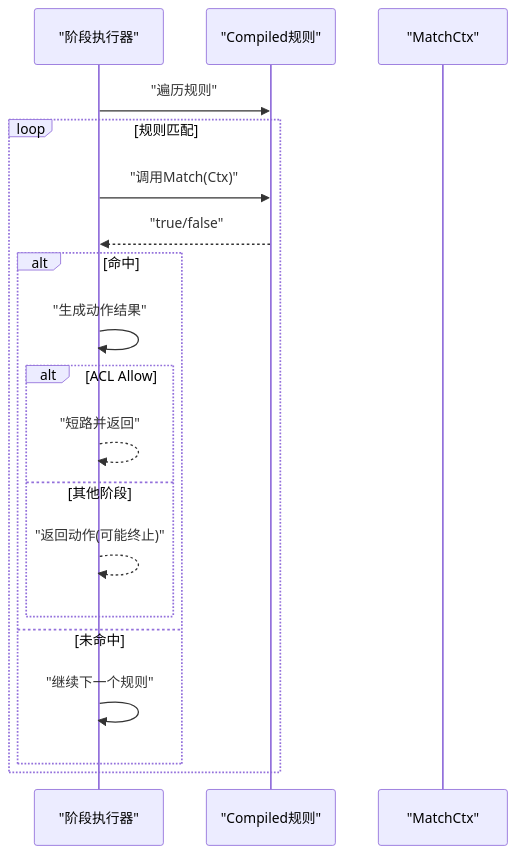
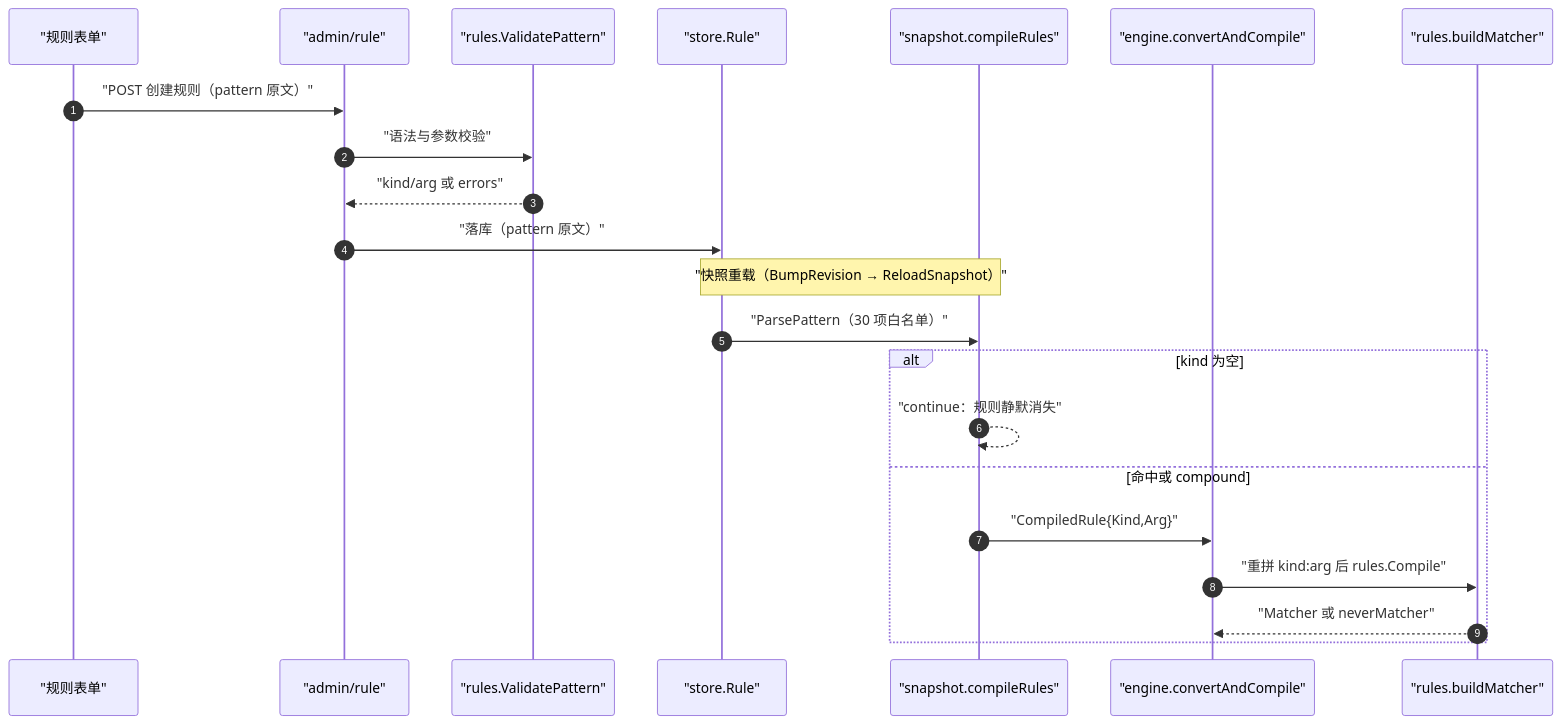
Before and after one commit to x01n/My-OpenWaf: the third of 6 diagrams in docs/扩展与插件系统/规则引擎扩展/匹配器开发.md, drawn with Mermaid. The commit also changed other lines of this file and 622 other files, not shown here.

````diff
--- a/docs/扩展与插件系统/规则引擎扩展/匹配器开发.md
+++ b/docs/扩展与插件系统/规则引擎扩展/匹配器开发.md
@@ -314,21 +263,24 @@
 ```mermaid
 sequenceDiagram
-participant Phase as "阶段执行器"
-participant Rules as "Compiled规则"
-participant Ctx as "MatchCtx"
-Phase->>Rules : "遍历规则"
-loop 规则匹配
-Phase->>Rules : "调用Match(Ctx)"
-Rules-->>Phase : "true/false"
-alt 命中
-Phase->>Phase : "生成动作结果"
-alt ACL Allow
-Phase-->>Phase : "短路并返回"
-else 其他阶段
-Phase-->>Phase : "返回动作(可能终止)"
-end
-else 未命中
-Phase->>Phase : "继续下一个规则"
-end
+autonumber
+participant UI as "规则表单"
+participant API as "admin/rule"
+participant VAL as "rules.ValidatePattern"
+participant DB as "store.Rule"
+participant SNAP as "snapshot.compileRules"
+participant ENG as "engine.convertAndCompile"
+participant BM as "rules.buildMatcher"
+UI->>API : "POST 创建规则（pattern 原文）"
+API->>VAL : "语法与参数校验"
+VAL-->>API : "kind/arg 或 errors"
+API->>DB : "落库（pattern 原文）"
+Note over DB,SNAP : "快照重载（BumpRevision → ReloadSnapshot）"
+DB->>SNAP : "ParsePattern（30 项白名单）"
+alt kind 为空
+SNAP-->>SNAP : "continue：规则静默消失"
+else 命中或 compound
+SNAP->>ENG : "CompiledRule{Kind,Arg}"
+ENG->>BM : "重拼 kind:arg 后 rules.Compile"
+BM-->>ENG : "Matcher 或 neverMatcher"
 end
 ```
````
